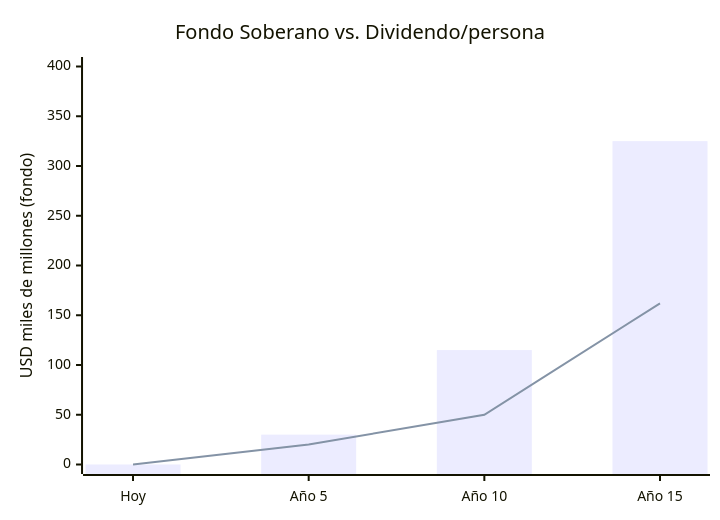
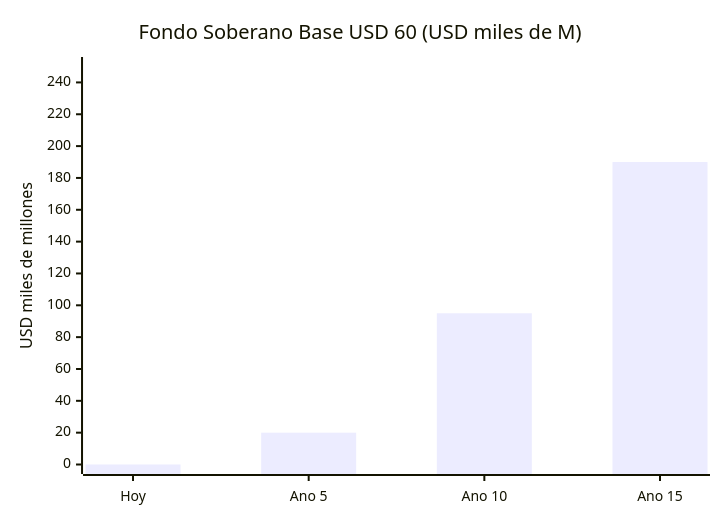
One commit to Venezuela-S-A/venezuela-sa changed the second of 3 diagrams in docs/07-ejecucion/proyecciones.md. Above: the diagram before and after it, drawn with Mermaid. The commit also changed other lines of this file and 10 other files, not shown here.

````diff
--- a/docs/07-ejecucion/proyecciones.md
+++ b/docs/07-ejecucion/proyecciones.md
@@ -16,8 +16,7 @@
 ```mermaid
 xychart-beta
-    title "Fondo Soberano vs. Dividendo/persona"
-    x-axis ["Hoy", "Año 5", "Año 10", "Año 15"]
-    y-axis "USD miles de millones (fondo)" 0 --> 400
-    bar [0, 30, 115, 325]
-    line [0, 20, 50, 162]
+    title "Fondo Soberano Base USD 60 (USD miles de M)"
+    x-axis ["Hoy", "Ano 5", "Ano 10", "Ano 15"]
+    y-axis "USD miles de millones" 0 --> 250
+    bar [0, 20, 95, 190]
 ```
````
